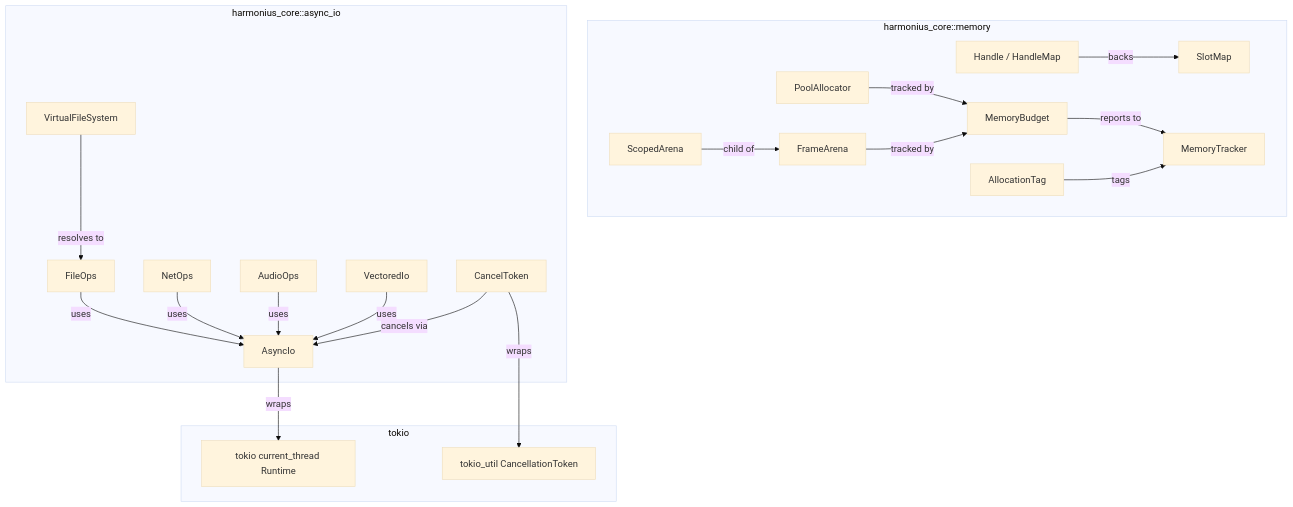
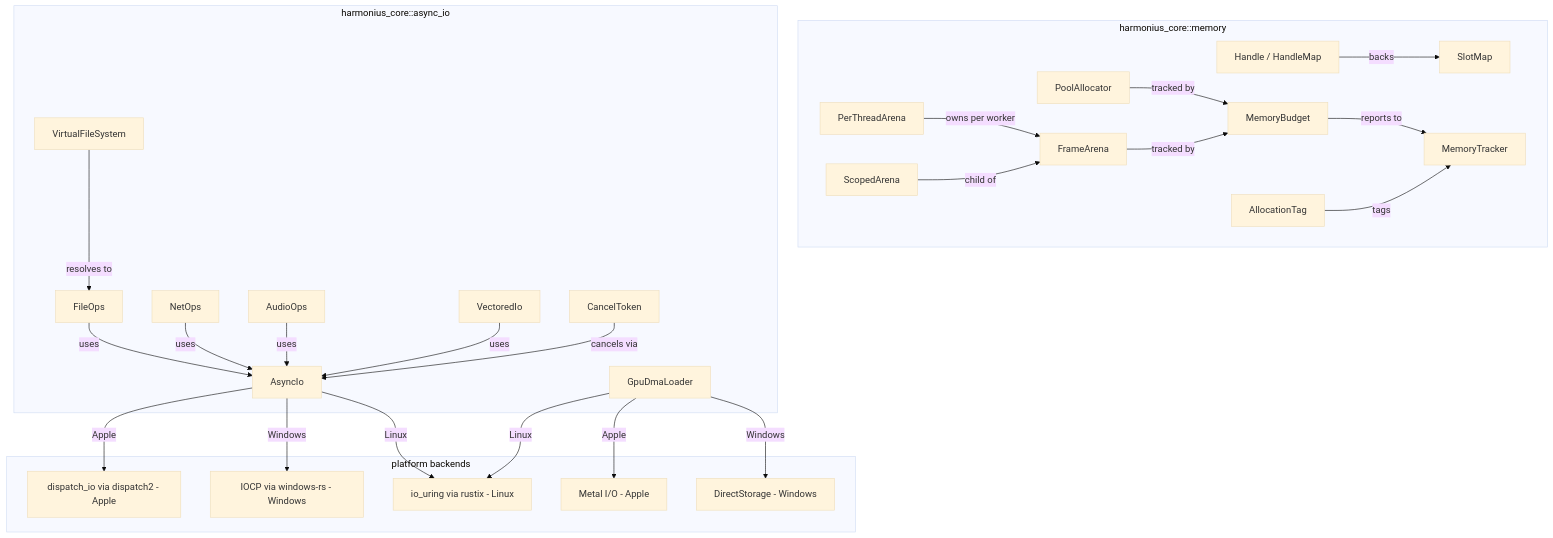
One commit to harmonius-dev/harmonius changed the first of 7 diagrams in docs/design/core-runtime/memory-async-io.md. Above: the diagram before and after it, drawn with Mermaid (base theme). The commit also changed other lines of this file and 174 other files, not shown here.

````diff
--- a/docs/design/core-runtime/memory-async-io.md
+++ b/docs/design/core-runtime/memory-async-io.md
@@ -87,44 +93,54 @@
 ```mermaid
 graph TD
     subgraph "harmonius_core::memory"
+        PTA[PerThreadArena]
         FA[FrameArena]
         SA[ScopedArena]
         PA[PoolAllocator]
         GH[Handle / HandleMap]
         SM[SlotMap]
         MB[MemoryBudget]
         MT[MemoryTracker]
         AT[AllocationTag]
     end
 
     subgraph "harmonius_core::async_io"
         AI[AsyncIo]
         VFS[VirtualFileSystem]
         FIO[FileOps]
         NIO[NetOps]
         AIO[AudioOps]
         VIO[VectoredIo]
         CT[CancelToken]
+        DMA[GpuDmaLoader]
     end
 
-    subgraph "tokio"
-        TR[tokio current_thread Runtime]
-        TU[tokio_util CancellationToken]
+    subgraph "platform backends"
+        IU[io_uring via rustix - Linux]
+        IOCP[IOCP via windows-rs - Windows]
+        GCD[dispatch_io via dispatch2 - Apple]
+        DS[DirectStorage - Windows]
+        MIO[Metal I/O - Apple]
     end
 
+    PTA -->|owns per worker| FA
     SA -->|child of| FA
     GH -->|backs| SM
     PA -->|tracked by| MB
     FA -->|tracked by| MB
     MB -->|reports to| MT
     AT -->|tags| MT
 
-    AI -->|wraps| TR
+    AI -->|Linux| IU
+    AI -->|Windows| IOCP
+    AI -->|Apple| GCD
+    DMA -->|Windows| DS
+    DMA -->|Apple| MIO
+    DMA -->|Linux| IU
     FIO -->|uses| AI
     NIO -->|uses| AI
     AIO -->|uses| AI
     VIO -->|uses| AI
-    CT -->|wraps| TU
     CT -->|cancels via| AI
     VFS -->|resolves to| FIO
 ```
````
